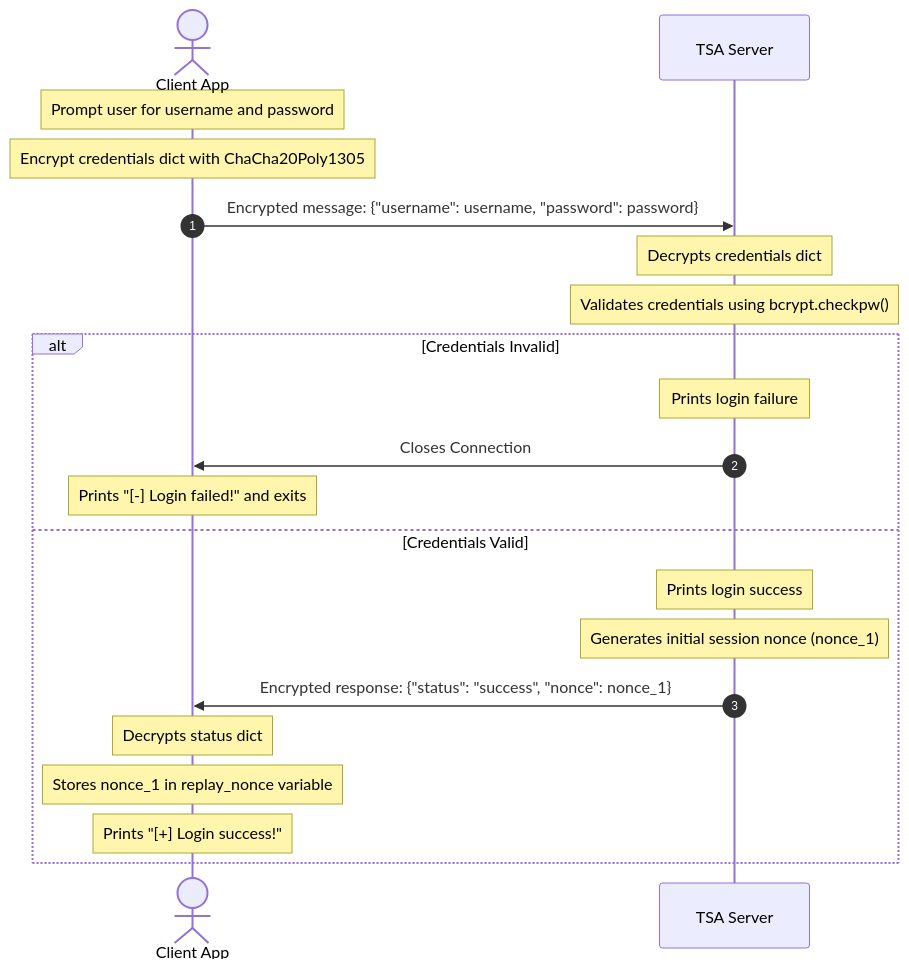
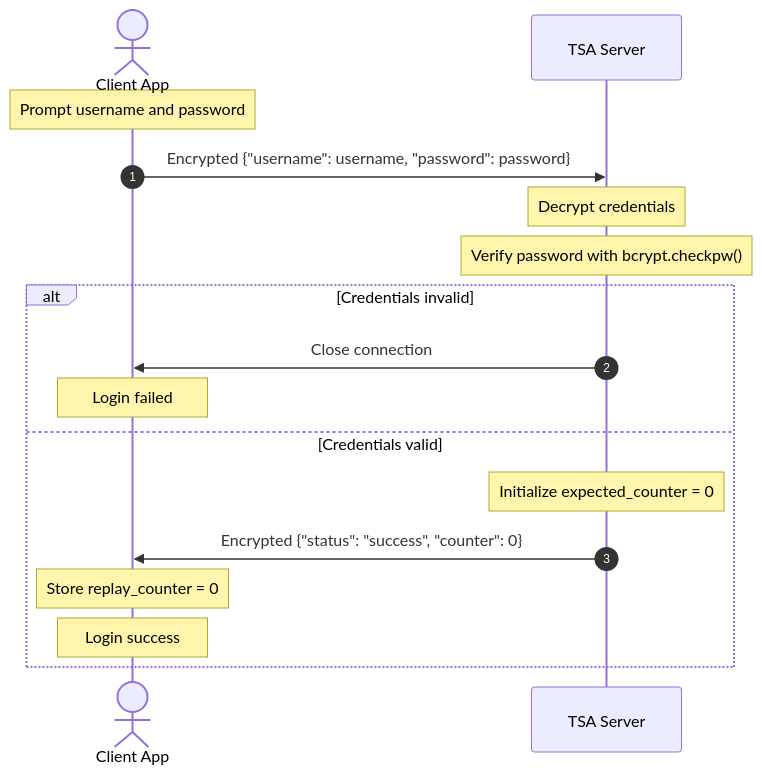
The second of 6 diagrams in Report/Report_v2.md (ErVideo/Fundamentals_of_Cybersecurity_Project), drawn with Mermaid before and after one commit. The commit also changed other lines of this file and 9 other files, not shown here.

````diff
--- a/Report/Report_v2.md
+++ b/Report/Report_v2.md
@@ -220,25 +288,21 @@
 ```mermaid
 sequenceDiagram
     autonumber
     actor Client as Client App
     participant Server as TSA Server
-    
-    Note over Client: Prompt user for username and password
-    Note over Client: Encrypt credentials dict with ChaCha20Poly1305
-    Client->>Server: Encrypted message: {"username": username, "password": password}
-    
-    Note over Server: Decrypts credentials dict
-    Note over Server: Validates credentials using bcrypt.checkpw()
-    alt Credentials Invalid
-        Note over Server: Prints login failure
-        Server->>Client: Closes Connection
-        Note over Client: Prints "[-] Login failed!" and exits
-    else Credentials Valid
-        Note over Server: Prints login success
-        Note over Server: Generates initial session nonce (nonce_1) 
-        Server->>Client: Encrypted response: {"status": "success", "nonce": nonce_1}
-        Note over Client: Decrypts status dict
-        Note over Client: Stores nonce_1 in replay_nonce variable
-        Note over Client: Prints "[+] Login success!"
+
+    Note over Client: Prompt username and password
+    Client->>Server: Encrypted {"username": username, "password": password}
+    Note over Server: Decrypt credentials
+    Note over Server: Verify password with bcrypt.checkpw()
+
+    alt Credentials invalid
+        Server->>Client: Close connection
+        Note over Client: Login failed
+    else Credentials valid
+        Note over Server: Initialize expected_counter = 0
+        Server->>Client: Encrypted {"status": "success", "counter": 0}
+        Note over Client: Store replay_counter = 0
+        Note over Client: Login success
     end
 ```
````
